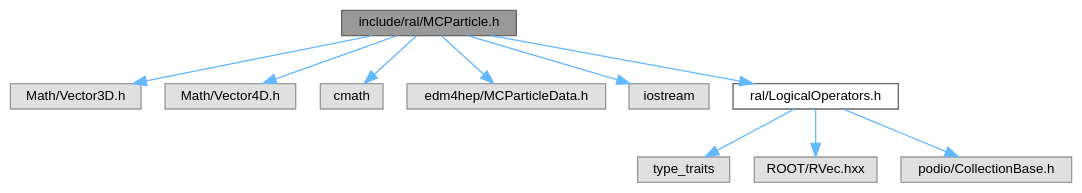
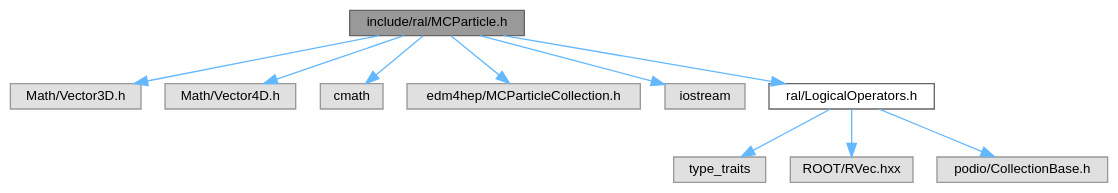
One commit to Juanki0396/ral changed the diagram in docs/MCParticle_8h__incl.dot. Above: the diagram before and after it, drawn with Graphviz. The commit also changed 30 other files, not shown here.

```diff
--- a/docs/MCParticle_8h__incl.dot
+++ b/docs/MCParticle_8h__incl.dot
@@ -1,26 +1,26 @@
 digraph "include/ral/MCParticle.h"
 {
  // LATEX_PDF_SIZE
   bgcolor="transparent";
   edge [fontname=Helvetica,fontsize=10,labelfontname=Helvetica,labelfontsize=10];
   node [fontname=Helvetica,fontsize=10,shape=box,height=0.2,width=0.4];
   Node1 [id="Node000001",label="include/ral/MCParticle.h",height=0.2,width=0.4,color="gray40", fillcolor="grey60", style="filled", fontcolor="black",tooltip=" "];
   Node1 -> Node2 [id="edge1_Node000001_Node000002",color="steelblue1",style="solid",tooltip=" "];
   Node2 [id="Node000002",label="Math/Vector3D.h",height=0.2,width=0.4,color="grey60", fillcolor="#E0E0E0", style="filled",tooltip=" "];
   Node1 -> Node3 [id="edge2_Node000001_Node000003",color="steelblue1",style="solid",tooltip=" "];
   Node3 [id="Node000003",label="Math/Vector4D.h",height=0.2,width=0.4,color="grey60", fillcolor="#E0E0E0", style="filled",tooltip=" "];
   Node1 -> Node4 [id="edge3_Node000001_Node000004",color="steelblue1",style="solid",tooltip=" "];
   Node4 [id="Node000004",label="cmath",height=0.2,width=0.4,color="grey60", fillcolor="#E0E0E0", style="filled",tooltip=" "];
   Node1 -> Node5 [id="edge4_Node000001_Node000005",color="steelblue1",style="solid",tooltip=" "];
-  Node5 [id="Node000005",label="edm4hep/MCParticleData.h",height=0.2,width=0.4,color="grey60", fillcolor="#E0E0E0", style="filled",tooltip=" "];
+  Node5 [id="Node000005",label="edm4hep/MCParticleCollection.h",height=0.2,width=0.4,color="grey60", fillcolor="#E0E0E0", style="filled",tooltip=" "];
   Node1 -> Node6 [id="edge5_Node000001_Node000006",color="steelblue1",style="solid",tooltip=" "];
   Node6 [id="Node000006",label="iostream",height=0.2,width=0.4,color="grey60", fillcolor="#E0E0E0", style="filled",tooltip=" "];
   Node1 -> Node7 [id="edge6_Node000001_Node000007",color="steelblue1",style="solid",tooltip=" "];
   Node7 [id="Node000007",label="ral/LogicalOperators.h",height=0.2,width=0.4,color="grey40", fillcolor="white", style="filled",URL="$LogicalOperators_8h.html",tooltip=" "];
   Node7 -> Node8 [id="edge7_Node000007_Node000008",color="steelblue1",style="solid",tooltip=" "];
   Node8 [id="Node000008",label="type_traits",height=0.2,width=0.4,color="grey60", fillcolor="#E0E0E0", style="filled",tooltip=" "];
   Node7 -> Node9 [id="edge8_Node000007_Node000009",color="steelblue1",style="solid",tooltip=" "];
   Node9 [id="Node000009",label="ROOT/RVec.hxx",height=0.2,width=0.4,color="grey60", fillcolor="#E0E0E0", style="filled",tooltip=" "];
   Node7 -> Node10 [id="edge9_Node000007_Node000010",color="steelblue1",style="solid",tooltip=" "];
   Node10 [id="Node000010",label="podio/CollectionBase.h",height=0.2,width=0.4,color="grey60", fillcolor="#E0E0E0", style="filled",tooltip=" "];
 }
```
